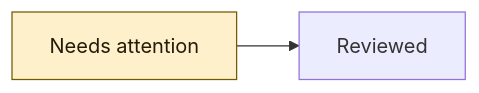
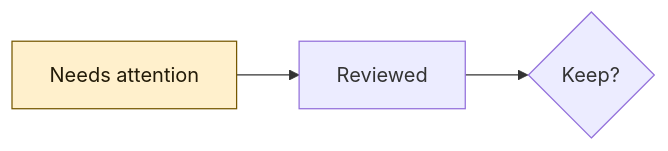
The second of 2 diagrams in Packages/GistPadPreview/Sources/GistPadPreview/Resources/Fixtures/reading-polish.md (lostintangent/gistpad-ios), drawn with Mermaid before and after one commit. The commit also changed 134 other files, not shown here.

First line of the commit message:
Finish native reading ink, diagram defaults and Contents rhythm

````diff
--- a/Packages/GistPadPreview/Sources/GistPadPreview/Resources/Fixtures/reading-polish.md
+++ b/Packages/GistPadPreview/Sources/GistPadPreview/Resources/Fixtures/reading-polish.md
@@ -28,5 +28,6 @@
 ```mermaid
 flowchart LR
   A[Needs attention]:::attention --> B[Reviewed]
+  B --> C{Keep?}
   classDef attention fill:#fff0cc,stroke:#765800,color:#231b08
 ```
````
